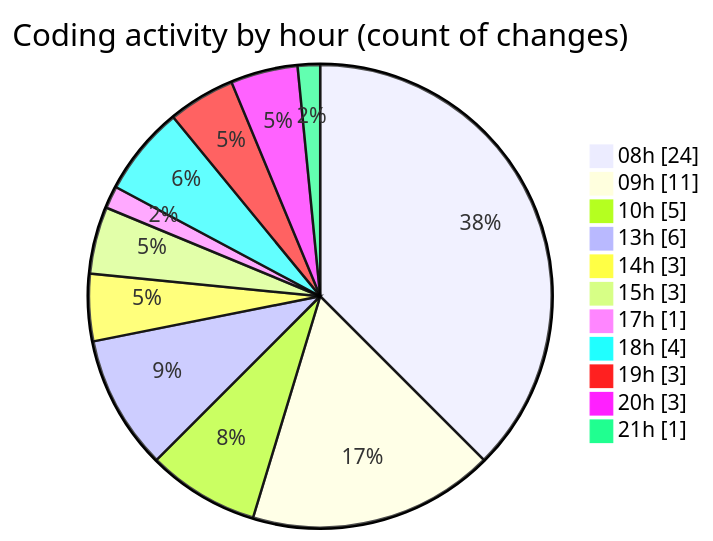
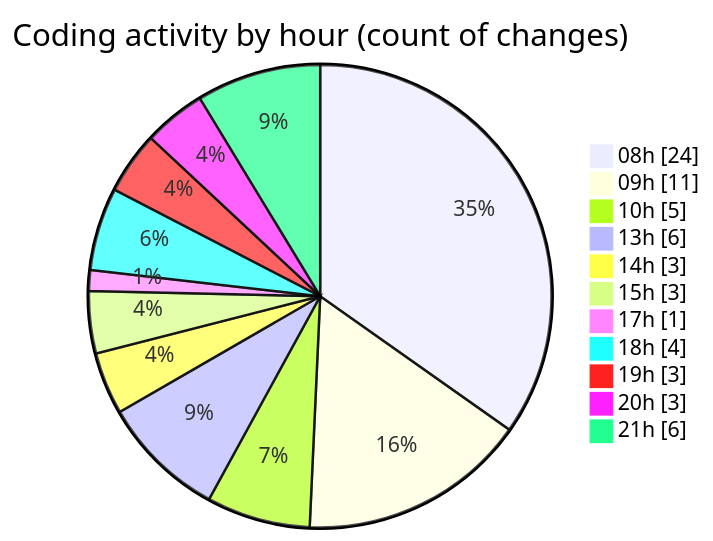
The second of 2 diagrams in 2025-05-12/niten/README.md (Elitesun/code-tracking), drawn with Mermaid before and after one commit. The commit also changed other lines of this file and 1 other file, not shown here.

````diff
--- a/2025-05-12/niten/README.md
+++ b/2025-05-12/niten/README.md
@@ -55,15 +56,15 @@
 ```mermaid
 pie showData
 title Coding activity by hour (count of changes)
 "08h" : 24
 "09h" : 11
 "10h" : 5
 "13h" : 6
 "14h" : 3
 "15h" : 3
 "17h" : 1
 "18h" : 4
 "19h" : 3
 "20h" : 3
-"21h" : 1
+"21h" : 6
 ```
````
